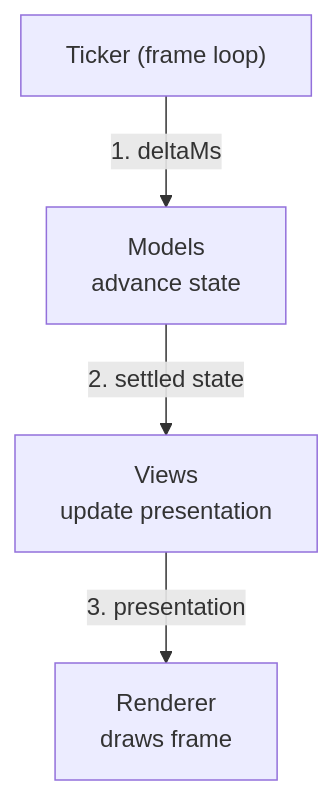
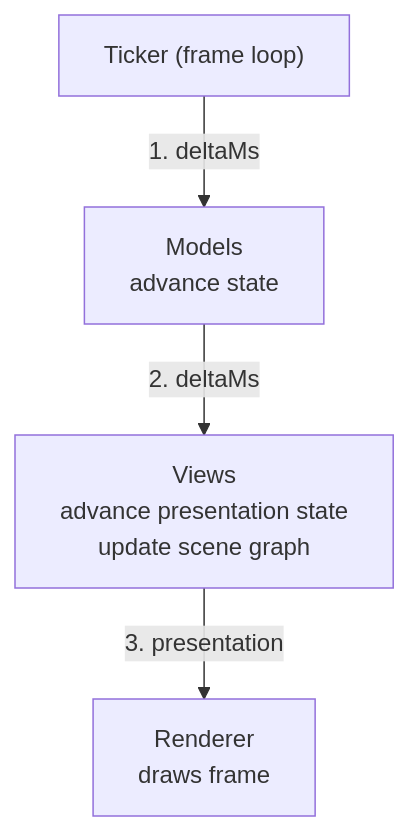
One commit to yortus/mvt-games changed the first of 2 diagrams in docs/learn/architecture-overview.md. Above: the diagram before and after it, drawn with Mermaid. The commit also changed other lines of this file and 32 other files, not shown here.

````diff
--- a/docs/learn/architecture-overview.md
+++ b/docs/learn/architecture-overview.md
@@ -15,6 +15,6 @@
 ```mermaid
 flowchart TB
     T["Ticker (frame loop)"] -- "1. deltaMs" --> M["Models\nadvance state"]
-    M -- "2. settled state" --> V["Views\nupdate presentation"]
+    M -- "2. deltaMs" --> V["Views\nadvance presentation state\nupdate scene graph"]
     V -- "3. presentation" --> R["Renderer\ndraws frame"]
 ```
````
